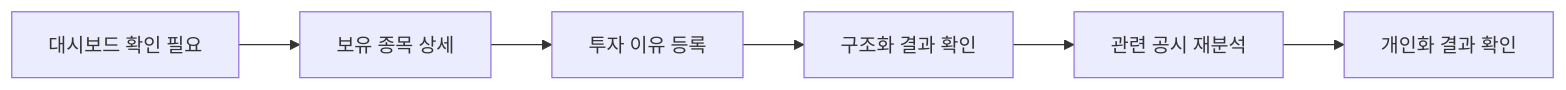
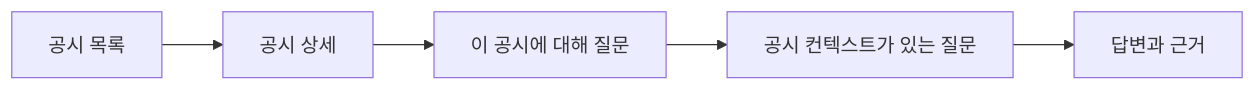
Before and after one commit to portfolio-disclosure-guardian/foliolens-server: the seventh of 8 diagrams in docs/IA.md, drawn with Mermaid. The commit also changed other lines of this file and 11 other files, not shown here.

````diff
--- a/docs/IA.md
+++ b/docs/IA.md
@@ -704,8 +991,7 @@
 ```mermaid
 flowchart LR
-    A["대시보드 확인 필요"] --> B["보유 종목 상세"]
-    B --> C["투자 이유 등록"]
-    C --> D["구조화 결과 확인"]
-    D --> E["관련 공시 재분석"]
-    E --> F["개인화 결과 확인"]
+    A["공시 목록"] --> B["공시 상세"]
+    B --> C["이 공시에 대해 질문"]
+    C --> D["공시 컨텍스트가 있는 질문"]
+    D --> E["답변과 근거"]
 ```
````
